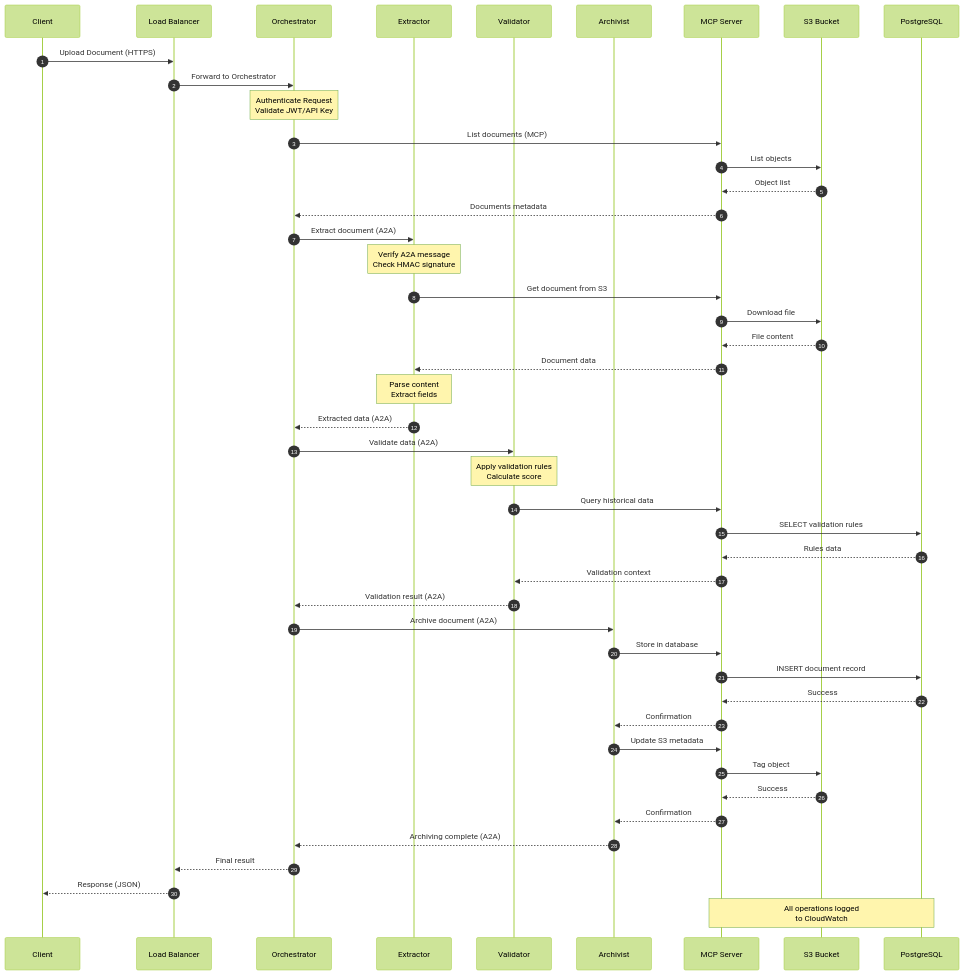
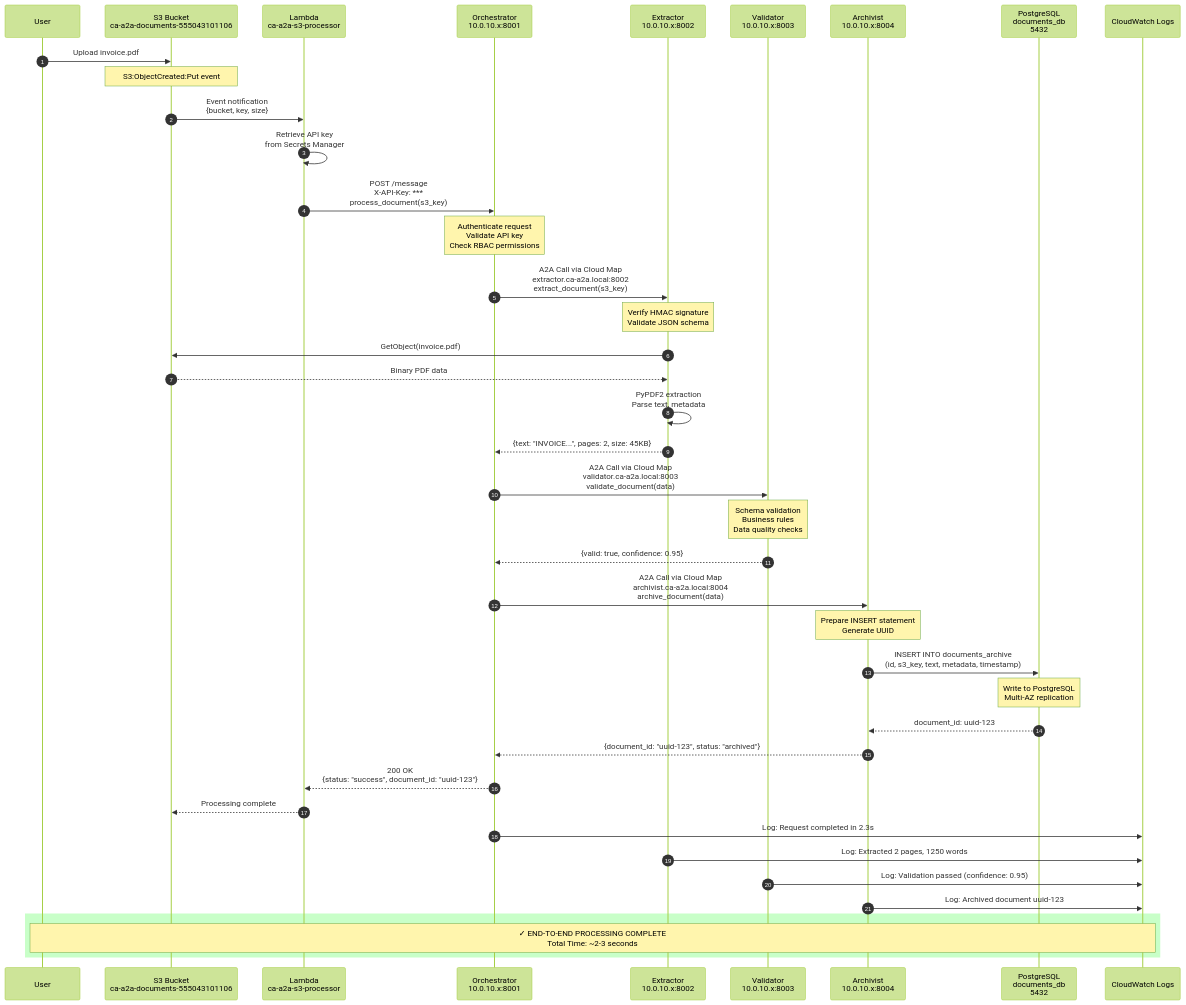
One commit to jaafar-benabderrazak/ca_a2a changed the second of 9 diagrams in COMPLETE_DEMO_GUIDE.md. Above: the diagram before and after it, drawn with Mermaid (forest theme). The commit also changed other lines of this file, not shown here.

Commit message:
Update COMPLETE_DEMO_GUIDE with actual deployed AWS architecture and configuration

````diff
--- a/COMPLETE_DEMO_GUIDE.md
+++ b/COMPLETE_DEMO_GUIDE.md
@@ -174,55 +338,53 @@
 ```mermaid
 sequenceDiagram
- autonumber
- participant C as Client
- participant ALB as Load Balancer
- participant O as Orchestrator
- participant E as Extractor
- participant V as Validator
- participant A as Archivist
- participant M as MCP Server
- participant S3 as S3 Bucket
- participant DB as PostgreSQL
- 
- C->>ALB: Upload Document (HTTPS)
- ALB->>O: Forward to Orchestrator
- Note over O: Authenticate Request<br/> Validate JWT/API Key
- 
- O->>M: List documents (MCP)
- M->>S3: List objects
- S3-->>M: Object list
- M-->>O: Documents metadata
- 
- O->>E: Extract document (A2A)
- Note over E: Verify A2A message<br/> Check HMAC signature
- E->>M: Get document from S3
- M->>S3: Download file
- S3-->>M: File content
- M-->>E: Document data
- Note over E: Parse content<br/>Extract fields
- E-->>O: Extracted data (A2A)
- 
- O->>V: Validate data (A2A)
- Note over V: Apply validation rules<br/>Calculate score
- V->>M: Query historical data
- M->>DB: SELECT validation rules
- DB-->>M: Rules data
- M-->>V: Validation context
- V-->>O: Validation result (A2A)
- 
- O->>A: Archive document (A2A)
- A->>M: Store in database
- M->>DB: INSERT document record
- DB-->>M: Success
- M-->>A: Confirmation
- A->>M: Update S3 metadata
- M->>S3: Tag object
- S3-->>M: Success
- M-->>A: Confirmation
- A-->>O: Archiving complete (A2A)
- 
- O-->>ALB: Final result
- ALB-->>C: Response (JSON)
- 
- Note over M,DB: All operations logged<br/>to CloudWatch
+    autonumber
+    participant User
+    participant S3 as S3 Bucket<br/>ca-a2a-documents-555043101106
+    participant Lambda as Lambda<br/>ca-a2a-s3-processor
+    participant Orch as Orchestrator<br/>10.0.10.x:8001
+    participant Extr as Extractor<br/>10.0.10.x:8002
+    participant Val as Validator<br/>10.0.10.x:8003
+    participant Arch as Archivist<br/>10.0.10.x:8004
+    participant RDS as PostgreSQL<br/>documents_db<br/>5432
+    participant CW as CloudWatch Logs
+    
+    User->>S3: Upload invoice.pdf
+    Note over S3: S3:ObjectCreated:Put event
+    
+    S3->>Lambda: Event notification<br/>{bucket, key, size}
+    Lambda->>Lambda: Retrieve API key<br/>from Secrets Manager
+    Lambda->>Orch: POST /message<br/>X-API-Key: ***<br/>process_document(s3_key)
+    Note over Orch: Authenticate request<br/>Validate API key<br/>Check RBAC permissions
+    
+    Orch->>Extr: A2A Call via Cloud Map<br/>extractor.ca-a2a.local:8002<br/>extract_document(s3_key)
+    Note over Extr: Verify HMAC signature<br/>Validate JSON schema
+    
+    Extr->>S3: GetObject(invoice.pdf)
+    S3-->>Extr: Binary PDF data
+    Extr->>Extr: PyPDF2 extraction<br/>Parse text, metadata
+    Extr-->>Orch: {text: "INVOICE...", pages: 2, size: 45KB}
+    
+    Orch->>Val: A2A Call via Cloud Map<br/>validator.ca-a2a.local:8003<br/>validate_document(data)
+    Note over Val: Schema validation<br/>Business rules<br/>Data quality checks
+    Val-->>Orch: {valid: true, confidence: 0.95}
+    
+    Orch->>Arch: A2A Call via Cloud Map<br/>archivist.ca-a2a.local:8004<br/>archive_document(data)
+    Note over Arch: Prepare INSERT statement<br/>Generate UUID
+    
+    Arch->>RDS: INSERT INTO documents_archive<br/>(id, s3_key, text, metadata, timestamp)
+    Note over RDS: Write to PostgreSQL<br/>Multi-AZ replication
+    RDS-->>Arch: document_id: uuid-123
+    Arch-->>Orch: {document_id: "uuid-123", status: "archived"}
+    
+    Orch-->>Lambda: 200 OK<br/>{status: "success", document_id: "uuid-123"}
+    Lambda-->>S3: Processing complete
+    
+    Orch->>CW: Log: Request completed in 2.3s
+    Extr->>CW: Log: Extracted 2 pages, 1250 words
+    Val->>CW: Log: Validation passed (confidence: 0.95)
+    Arch->>CW: Log: Archived document uuid-123
+    
+    rect rgb(200, 255, 200)
+        Note over User,CW: ✓ END-TO-END PROCESSING COMPLETE<br/>Total Time: ~2-3 seconds
+    end
 ```
````
